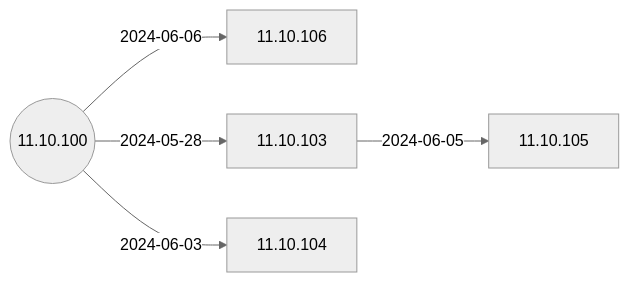
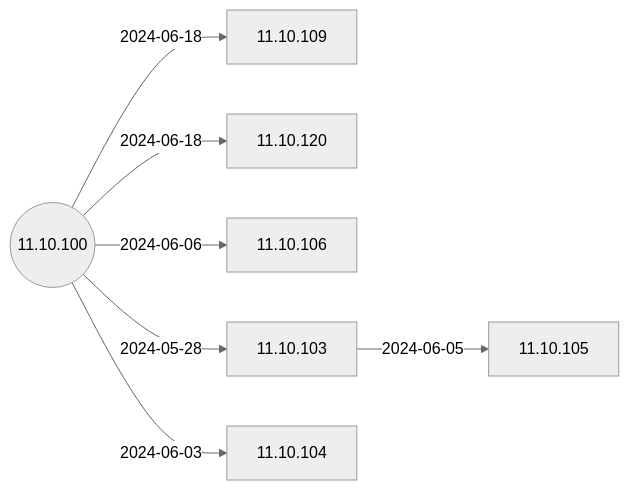
The second of 6 diagrams in docs/Docs/ReleaseNotes/01-OS11/README.md (IGEL-Community/IGEL-Docs-v02), drawn with Mermaid (neutral theme) before and after one commit. The commit also changed 3 other files, not shown here.

````diff
--- a/docs/Docs/ReleaseNotes/01-OS11/README.md
+++ b/docs/Docs/ReleaseNotes/01-OS11/README.md
@@ -41,13 +41,17 @@
 ```mermaid
 flowchart LR
+    11.10.100-- 2024-06-18 -->11.10.109
+    11.10.100-- 2024-06-18 -->11.10.120
     11.10.100-- 2024-06-06 -->11.10.106
     11.10.103-- 2024-06-05 -->11.10.105
     11.10.100-- 2024-06-03 -->11.10.104
     11.10.100-- 2024-05-28 -->11.10.103
     11.10.100((11.10.100))
+    click 11.10.109 "https://github.com/IGEL-Community/IGEL-Docs-v02/tree/main/docs/Docs/ReleaseNotes/01-OS11/readme11.10.109.txt" _blank
+    click 11.10.120 "https://github.com/IGEL-Community/IGEL-Docs-v02/tree/main/docs/Docs/ReleaseNotes/01-OS11/readme11.10.120.txt" _blank
     click 11.10.106 "https://github.com/IGEL-Community/IGEL-Docs-v02/tree/main/docs/Docs/ReleaseNotes/01-OS11/readme11.10.106.txt" _blank
     click 11.10.105 "https://github.com/IGEL-Community/IGEL-Docs-v02/tree/main/docs/Docs/ReleaseNotes/01-OS11/readme11.10.105.txt" _blank
     click 11.10.104 "https://github.com/IGEL-Community/IGEL-Docs-v02/tree/main/docs/Docs/ReleaseNotes/01-OS11/readme11.10.104.txt" _blank
     click 11.10.103 "https://github.com/IGEL-Community/IGEL-Docs-v02/tree/main/docs/Docs/ReleaseNotes/01-OS11/readme11.10.103.txt" _blank
     click 11.10.100 "https://github.com/IGEL-Community/IGEL-Docs-v02/tree/main/docs/Docs/ReleaseNotes/01-OS11/readme11.10.100.txt" _blank
 ```
````
